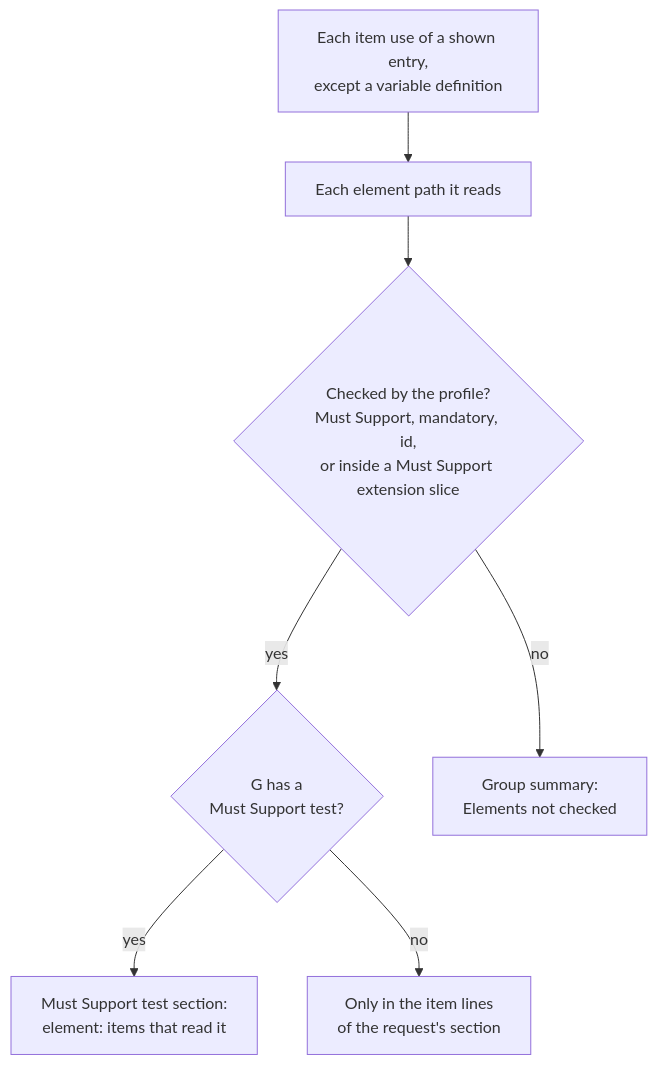
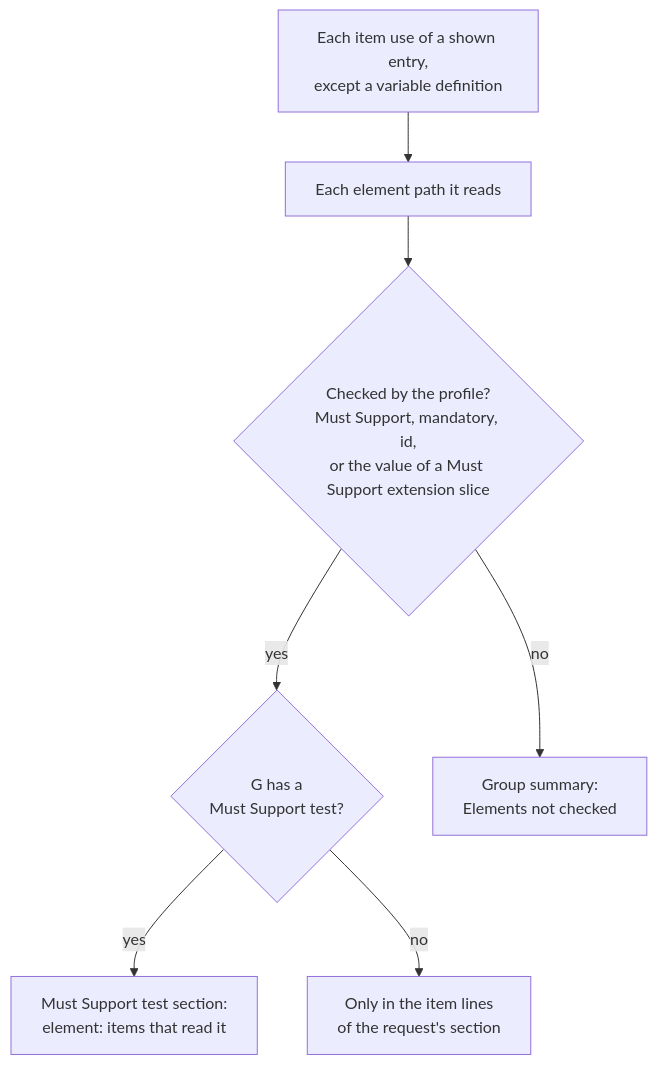
Before and after one commit to hl7au/inferno_suite_generator: the second of 2 diagrams in documentation/questionnaire_usage_tracing.md, drawn with Mermaid. The commit also changed 3 other files, not shown here.

Commit message:
Update glossary and documentation for questionnaire usage tracing; enhance CheckedElements logic and tests for extension values

````diff
--- a/documentation/questionnaire_usage_tracing.md
+++ b/documentation/questionnaire_usage_tracing.md
@@ -121,9 +121,9 @@
 ```mermaid
 flowchart TD
     usage["Each item use of a shown entry,<br/>except a variable definition"] --> path["Each element path it reads"]
-    path --> checked{"Checked by the profile?<br/>Must Support, mandatory, id,<br/>or inside a Must Support extension slice"}
+    path --> checked{"Checked by the profile?<br/>Must Support, mandatory, id,<br/>or the value of a Must Support extension slice"}
     checked -- yes --> ms{"G has a<br/>Must Support test?"}
     ms -- yes --> mstest["Must Support test section:<br/>element: items that read it"]
     ms -- no --> itemonly["Only in the item lines<br/>of the request's section"]
     checked -- no --> notchecked["Group summary:<br/>Elements not checked"]
 ```
````
